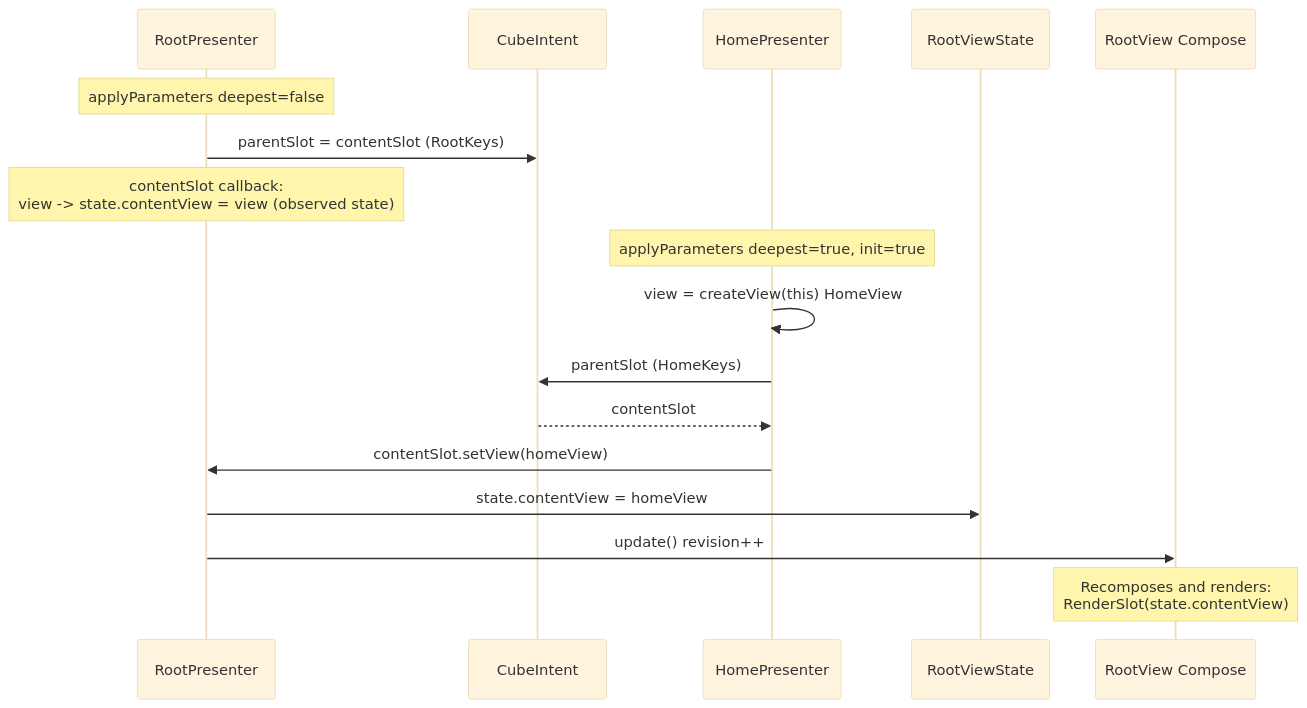
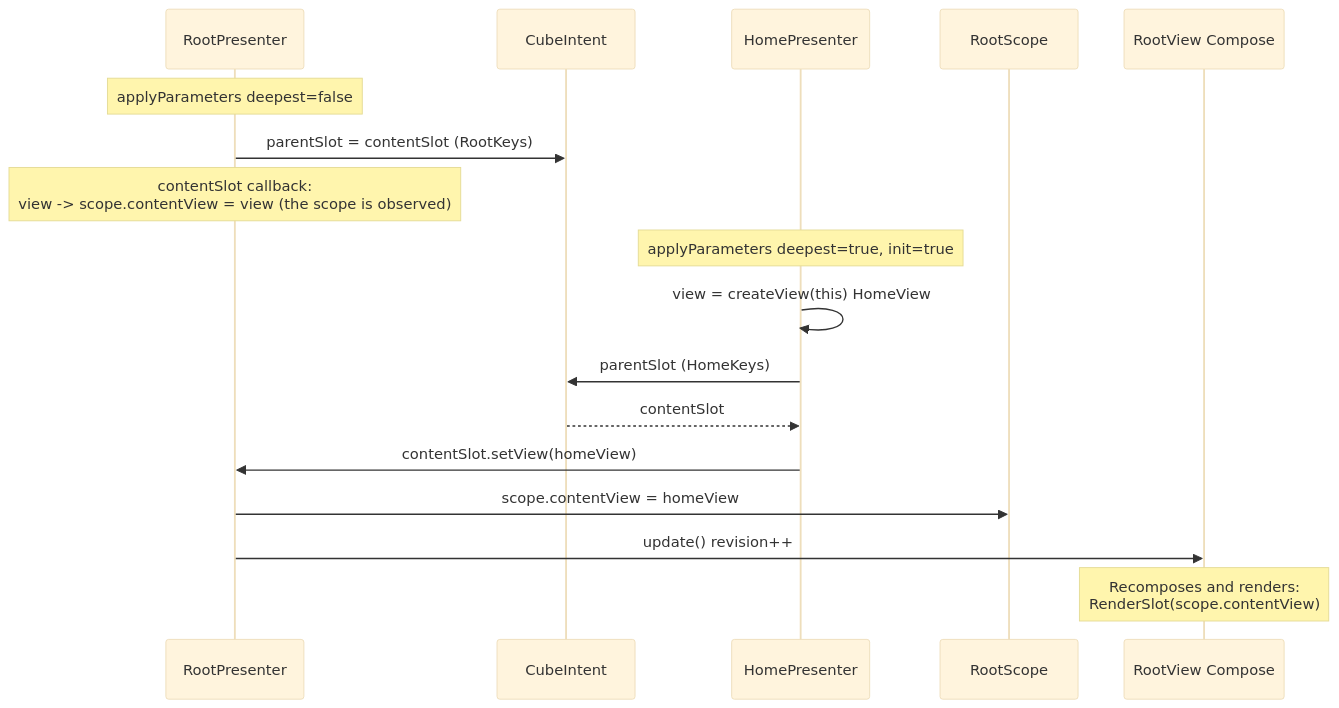
The sixth of 9 diagrams in docs/architecture-cube-compose.md (mrcdom/wdc-cube-kotlin), drawn with Mermaid (base theme) before and after one commit. The commit also changed other lines of this file and 117 other files, not shown here.

First line of the commit message:
refactor(cube): ViewState becomes Scope, in code, protocol and docs

````diff
--- a/docs/architecture-cube-compose.md
+++ b/docs/architecture-cube-compose.md
@@ -342,21 +342,21 @@
 ```mermaid
 sequenceDiagram
     participant Root as RootPresenter
     participant Intent as CubeIntent
     participant Home as HomePresenter
-    participant RootState as RootViewState
+    participant RootScope
     participant RootView as RootView Compose
 
     Note over Root: applyParameters deepest=false
     Root->>Intent: parentSlot = contentSlot (RootKeys)
-    Note over Root: contentSlot callback:<br/>view -> state.contentView = view (observed state)
+    Note over Root: contentSlot callback:<br/>view -> scope.contentView = view (the scope is observed)
 
     Note over Home: applyParameters deepest=true, init=true
     Home->>Home: view = createView(this) HomeView
     Home->>Intent: parentSlot (HomeKeys)
     Intent-->>Home: contentSlot
     Home->>Root: contentSlot.setView(homeView)
-    Root->>RootState: state.contentView = homeView
+    Root->>RootScope: scope.contentView = homeView
     Root->>RootView: update() revision++
-    Note over RootView: Recomposes and renders:<br/>RenderSlot(state.contentView)
+    Note over RootView: Recomposes and renders:<br/>RenderSlot(scope.contentView)
 ```
````
